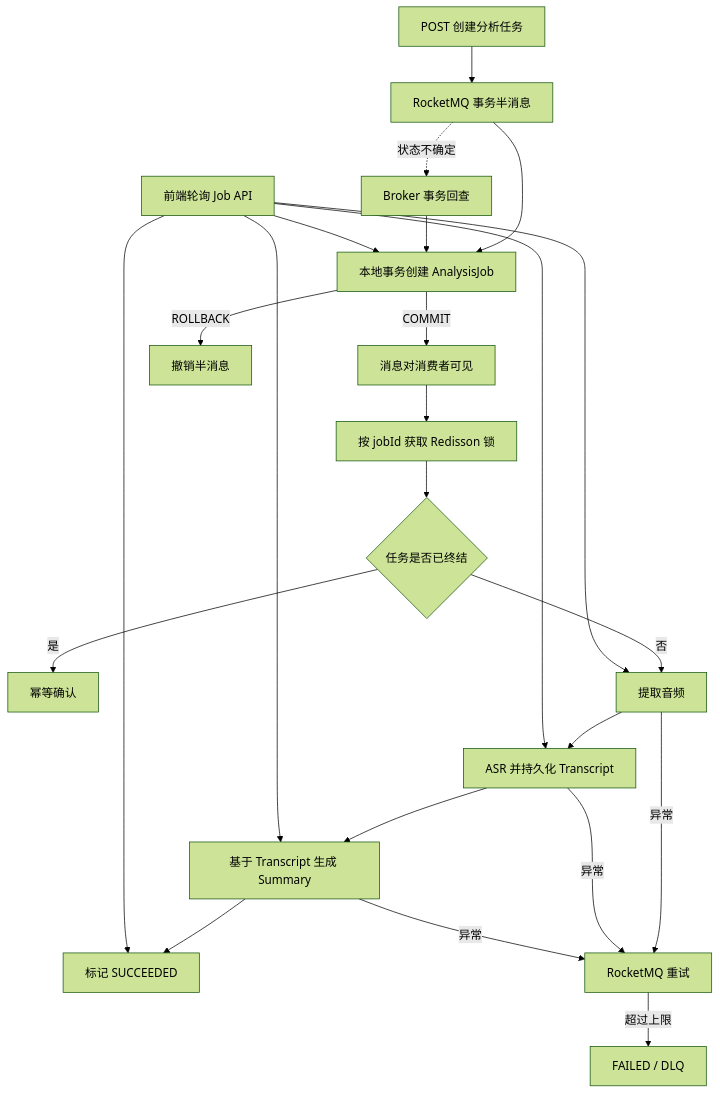
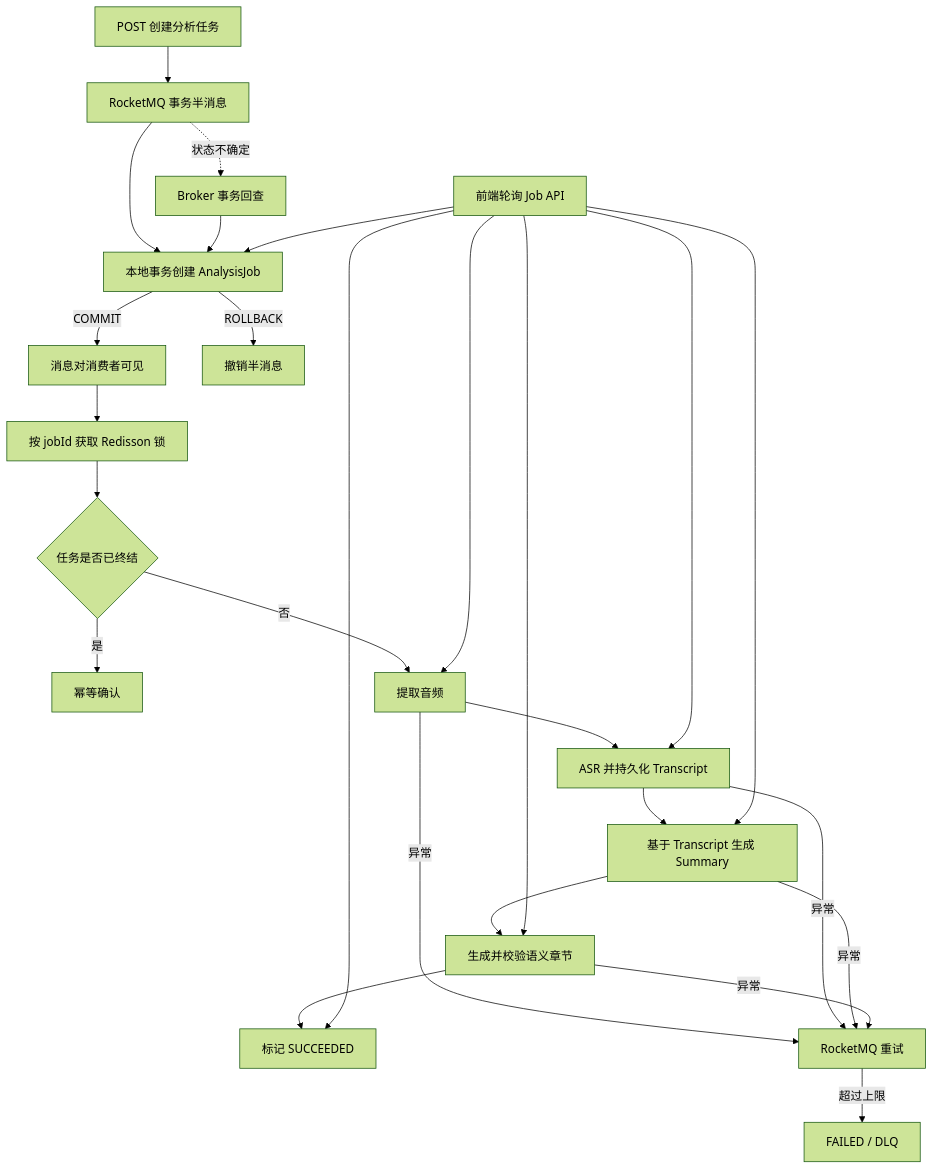
One commit to yumestk/VedioMind changed the diagram in README.md. Above: the diagram before and after it, drawn with Mermaid (forest theme). The commit also changed other lines of this file and 20 other files, not shown here.

````diff
--- a/README.md
+++ b/README.md
@@ -34,28 +36,31 @@
 ```mermaid
 flowchart TD
     A[POST 创建分析任务] --> B[RocketMQ 事务半消息]
     B --> C[本地事务创建 AnalysisJob]
     C -->|COMMIT| D[消息对消费者可见]
     C -->|ROLLBACK| E[撤销半消息]
     B -. 状态不确定 .-> F[Broker 事务回查]
     F --> C
 
     D --> G[按 jobId 获取 Redisson 锁]
     G --> H{任务是否已终结}
     H -->|是| I[幂等确认]
     H -->|否| J[提取音频]
     J --> K[ASR 并持久化 Transcript]
     K --> L[基于 Transcript 生成 Summary]
-    L --> M[标记 SUCCEEDED]
+    L --> Q[生成并校验语义章节]
+    Q --> M[标记 SUCCEEDED]
 
     J -->|异常| N[RocketMQ 重试]
     K -->|异常| N
     L -->|异常| N
+    Q -->|异常| N
     N -->|超过上限| O[FAILED / DLQ]
 
     P[前端轮询 Job API] --> C
     P --> J
     P --> K
     P --> L
+    P --> Q
     P --> M
 ```
````
